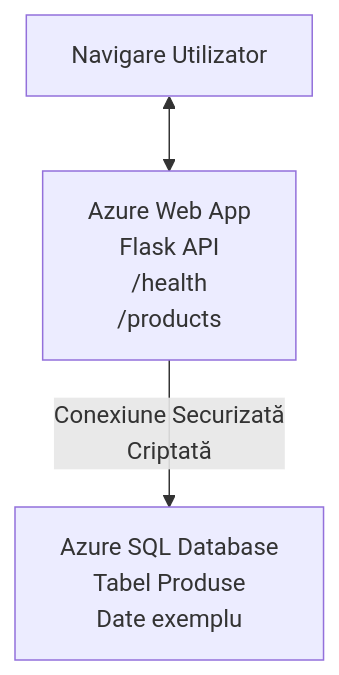
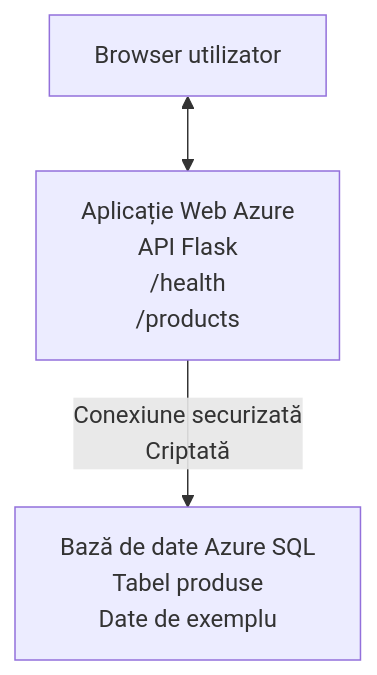
Before and after one commit to microsoft/AZD-for-beginners: the diagram in translations/ro/examples/database-app/README.md, drawn with Mermaid. The commit also changed other lines of this file and 101 other files, not shown here.

````diff
--- a/translations/ro/examples/database-app/README.md
+++ b/translations/ro/examples/database-app/README.md
@@ -72,5 +72,5 @@
 ```mermaid
 graph TD
-    Browser[Navigare Utilizator] <--> WebApp[Azure Web App<br/>Flask API<br/>/health<br/>/products]
-    WebApp -- Conexiune Securizată<br/>Criptată --> SQL[Azure SQL Database<br/>Tabel Produse<br/>Date exemplu]
+    Browser[Browser utilizator] <--> WebApp[Aplicație Web Azure<br/>API Flask<br/>/health<br/>/products]
+    WebApp -- Conexiune securizată<br/>Criptată --> SQL[Bază de date Azure SQL<br/>Tabel produse<br/>Date de exemplu]
 ```
````
